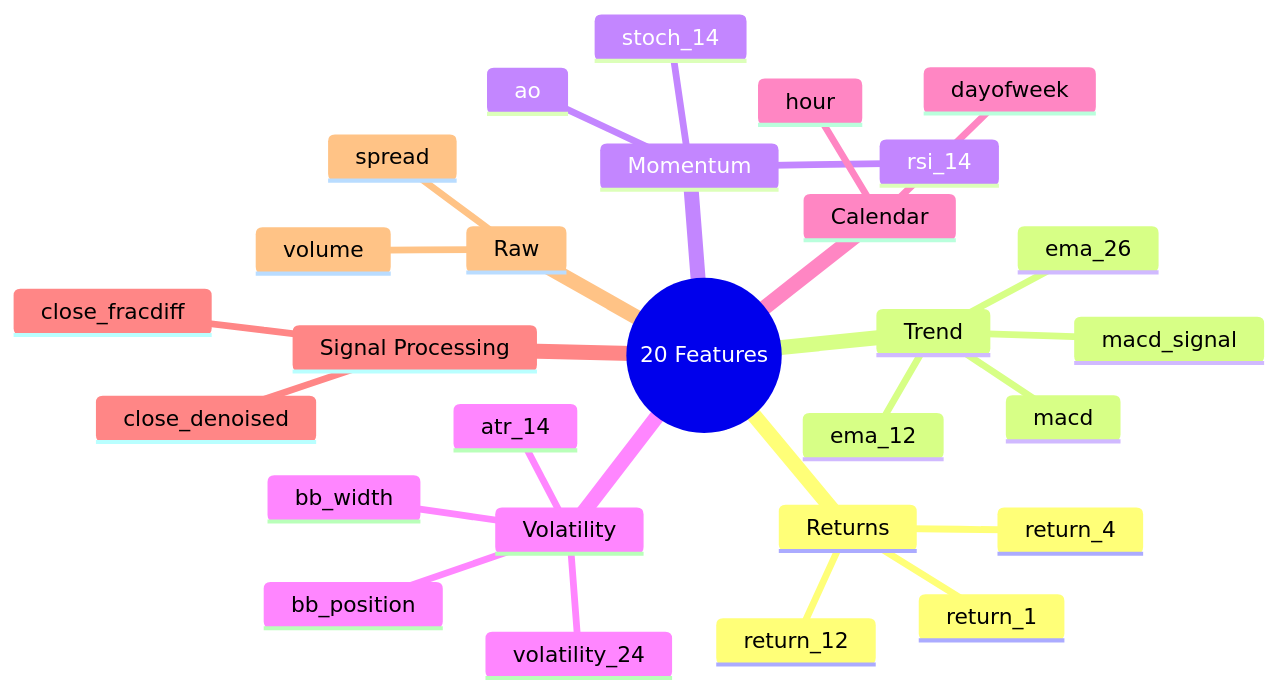
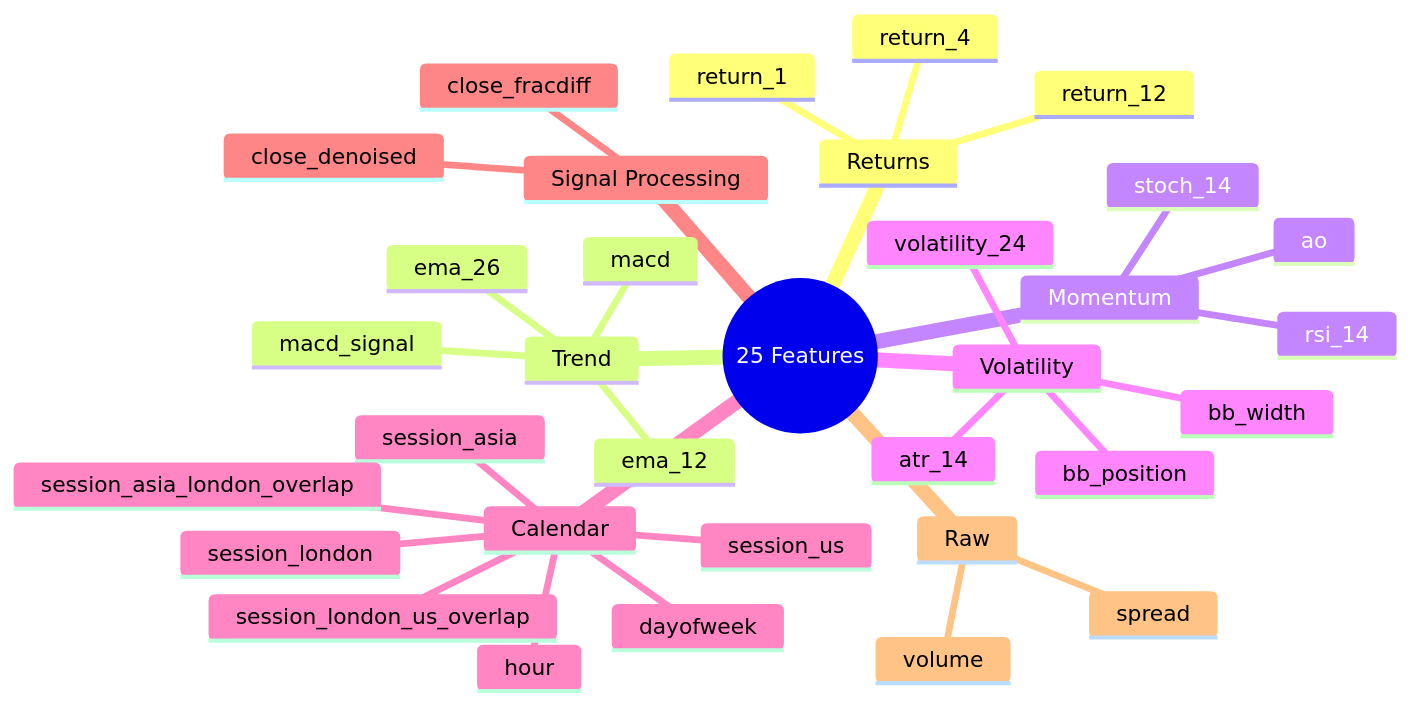
One commit to ultimateBroK/thesis-compact changed the second of 5 diagrams in docs/feature-engineering.md. Above: the diagram before and after it, drawn with Mermaid. The commit also changed other lines of this file and 16 other files, not shown here.

First line of the commit message:
refactor: rename hybrid_stacking → src, add session features to docs, fix mermaid parse error

````diff
--- a/docs/feature-engineering.md
+++ b/docs/feature-engineering.md
@@ -36,31 +36,36 @@
 ```mermaid
 mindmap
-  root((20 Features))
+  root((25 Features))
     Returns
       return_1
       return_4
       return_12
     Trend
       ema_12
       ema_26
       macd
       macd_signal
     Momentum
       rsi_14
       stoch_14
       ao
     Volatility
       atr_14
       bb_width
       bb_position
       volatility_24
     Calendar
       hour
       dayofweek
+      session_asia
+      session_london
+      session_us
+      session_asia_london_overlap
+      session_london_us_overlap
     Signal Processing
       close_denoised
       close_fracdiff
     Raw
       volume
       spread
 ```
````
